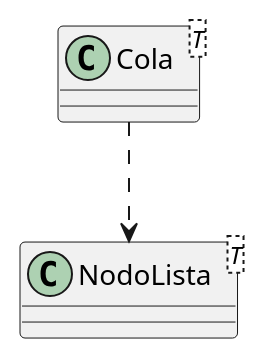
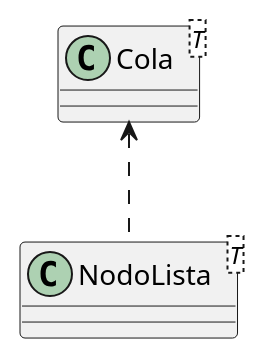
One commit to Tastor2k2/AYED-tpg-2c2024-compilados changed the diagram in UML/Cola.puml. Above: the diagram before and after it, drawn with PlantUML.

```diff
--- a/UML/Cola.puml
+++ b/UML/Cola.puml
@@ -1,11 +1,11 @@
 @startuml
 
 class Cola<T> {
 }
 
 class NodoLista<T> {
 }
 
-Cola ..>NodoLista
+Cola <..NodoLista
 
 @enduml
```
